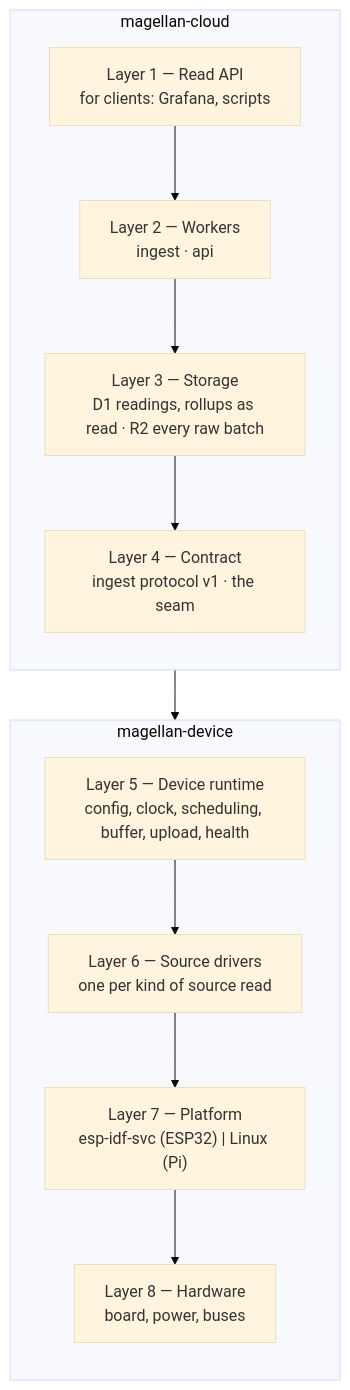
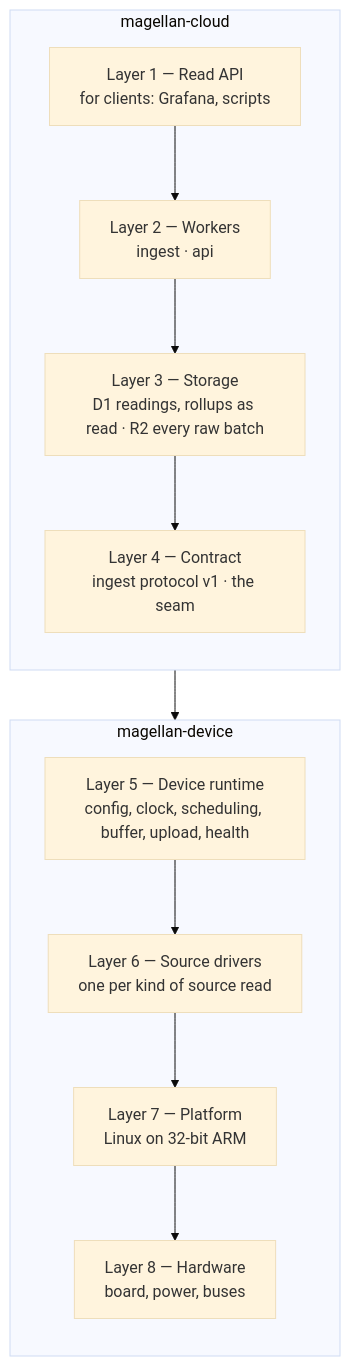
The first of 2 diagrams in docs/DESIGN.md (fabbrito/magellan-cloud), drawn with Mermaid (base theme) before and after one commit. The commit also changed 1 other file, not shown here.

Commit message:
docs(repo): esp32 off the device row and the platform box

````diff
--- a/docs/DESIGN.md
+++ b/docs/DESIGN.md
@@ -61,22 +61,22 @@
 ```mermaid
 flowchart TB
     subgraph cloud["magellan-cloud"]
         direction TB
         L1["Layer 1 — Read API<br/>for clients: Grafana, scripts"]
         L2["Layer 2 — Workers<br/>ingest · api"]
         L3["Layer 3 — Storage<br/>D1 readings, rollups as read · R2 every raw batch"]
         L4["Layer 4 — Contract<br/>ingest protocol v1 · the seam"]
         L1 --> L2 --> L3 --> L4
     end
 
     subgraph device["magellan-device"]
         direction TB
         L5["Layer 5 — Device runtime<br/>config, clock, scheduling, buffer, upload, health"]
         L6["Layer 6 — Source drivers<br/>one per kind of source read"]
-        L7["Layer 7 — Platform<br/>esp-idf-svc (ESP32) | Linux (Pi)"]
+        L7["Layer 7 — Platform<br/>Linux on 32-bit ARM"]
         L8["Layer 8 — Hardware<br/>board, power, buses"]
         L5 --> L6 --> L7 --> L8
     end
 
     L4 --> L5
 ```
````
